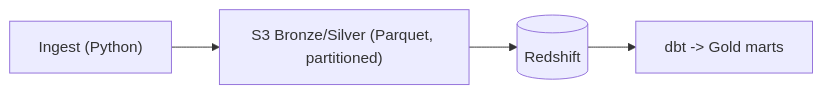
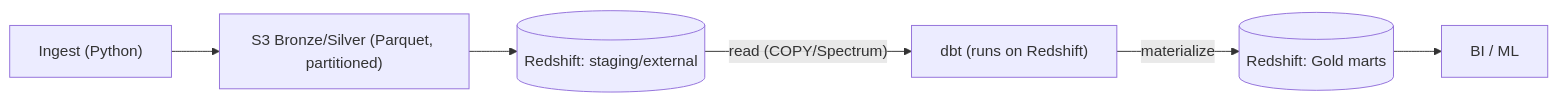
The second of 2 diagrams in README.md (AmitSass/algae-data-infrastructure), drawn with Mermaid before and after one commit.

Commit message:
fix: Update production architecture diagram to show accurate dbt workflow
- Show dbt reading from Redshift staging/external tables
- Add materialization step writing back to Redshift Gold marts
- Include COPY/Spectrum data flow from S3 to Redshift
- Add BI/ML consumption layer
- Reflect actual production data flow architecture

````diff
--- a/README.md
+++ b/README.md
@@ -77,6 +77,9 @@
 ```mermaid
 flowchart LR
   A["Ingest (Python)"] --> B["S3 Bronze/Silver (Parquet, partitioned)"]
-  B --> C[("Redshift")]
-  C --> D["dbt -> Gold marts"]
+  B --> C[("Redshift: staging/external")]
+  D["dbt (runs on Redshift)"]
+  C -->|"read (COPY/Spectrum)"| D
+  D -->|"materialize"| E[("Redshift: Gold marts")]
+  E --> F["BI / ML"]
 ```
````
